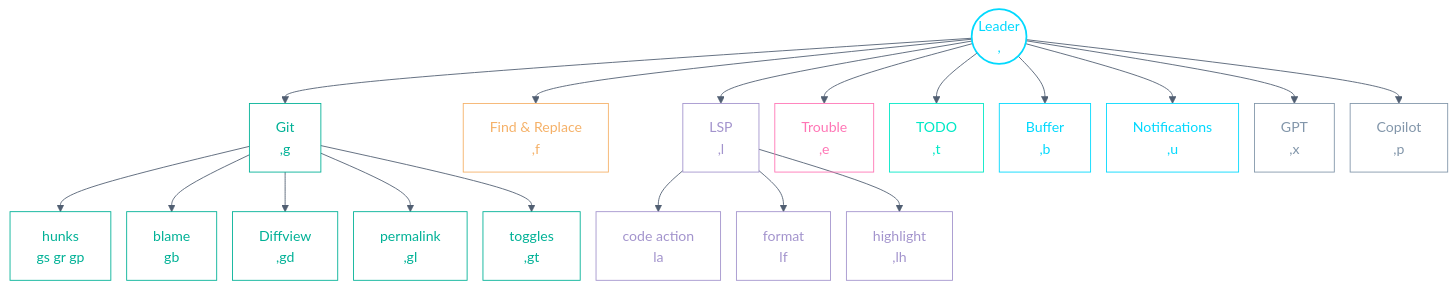
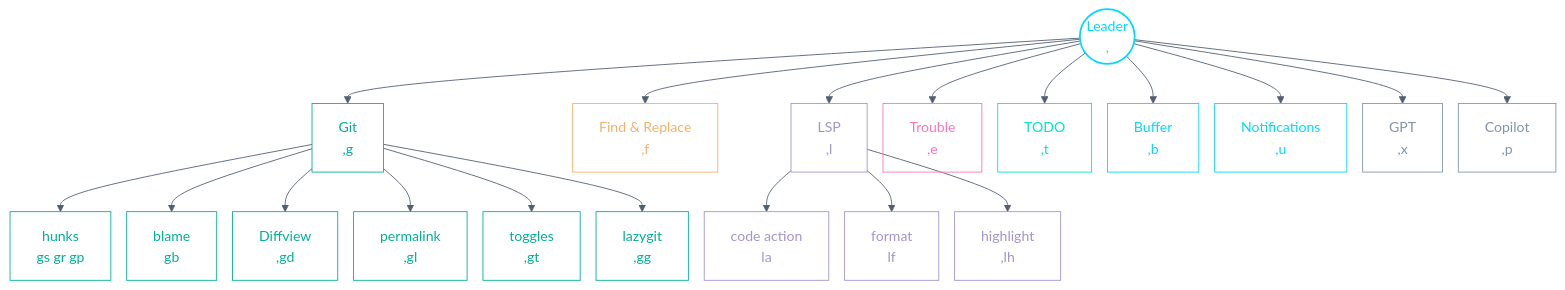
Before and after one commit to hallaji/dotfiles: the first of 2 diagrams in docs/NEOVIM.md, drawn with Mermaid. The commit also changed other lines of this file and 4 other files, not shown here.

````diff
--- a/docs/NEOVIM.md
+++ b/docs/NEOVIM.md
@@ -42,37 +42,38 @@
 ```mermaid
 %%{init: {'flowchart': {'nodeSpacing': 18, 'rankSpacing': 45}}}%%
 flowchart TD
     leader(("Leader<br/>,")):::core
 
     leader --> git["Git<br/>,g"]:::git
     git --> git1["hunks<br/>gs gr gp"]:::git
     git --> git2["blame<br/>gb"]:::git
     git --> git3["Diffview<br/>,gd"]:::git
     git --> git4["permalink<br/>,gl"]:::git
     git --> git5["toggles<br/>,gt"]:::git
+    git --> git6["lazygit<br/>,gg"]:::git
 
     leader --> find["Find & Replace<br/>,f"]:::find
     leader --> lsp["LSP<br/>,l"]:::lsp
     lsp --> lsp1["code action<br/>la"]:::lsp
     lsp --> lsp2["format<br/>lf"]:::lsp
     lsp --> lsp3["highlight<br/>,lh"]:::lsp
     leader --> trouble["Trouble<br/>,e"]:::trouble
     leader --> todo["TODO<br/>,t"]:::todo
     leader --> buffer["Buffer<br/>,b"]:::buffer
     leader --> notif["Notifications<br/>,u"]:::buffer
     leader --> gpt["GPT<br/>,x"]:::ai
     leader --> copilot["Copilot<br/>,p"]:::ai
 
     %% Colors from config/env/.env palette (see docs/ARCHITECTURE.md):
     %% core=#02d9fe  git=#00b196  find=#f5b168  lsp=#a394cd
     %% trouble=#ff75b5  todo=#00e8c6  ai=#8296aa  links=#515f72
     classDef core fill:transparent,stroke:#02d9fe,stroke-width:2px,color:#02d9fe
     classDef git fill:transparent,stroke:#00b196,color:#00b196
     classDef find fill:transparent,stroke:#f5b168,color:#f5b168
     classDef lsp fill:transparent,stroke:#a394cd,color:#a394cd
     classDef trouble fill:transparent,stroke:#ff75b5,color:#ff75b5
     classDef todo fill:transparent,stroke:#00e8c6,color:#00e8c6
     classDef buffer fill:transparent,stroke:#02d9fe,color:#02d9fe
     classDef ai fill:transparent,stroke:#8296aa,color:#8296aa
     linkStyle default stroke:#515f72,color:#8296aa
 ```
````
